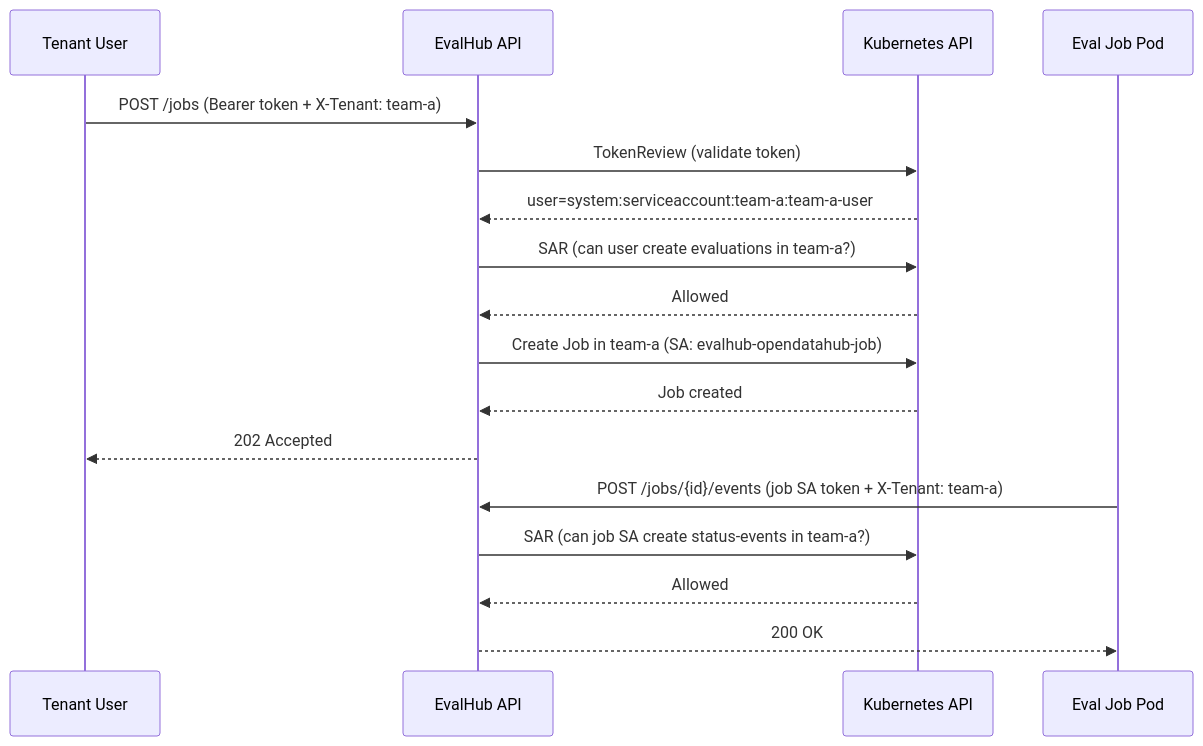
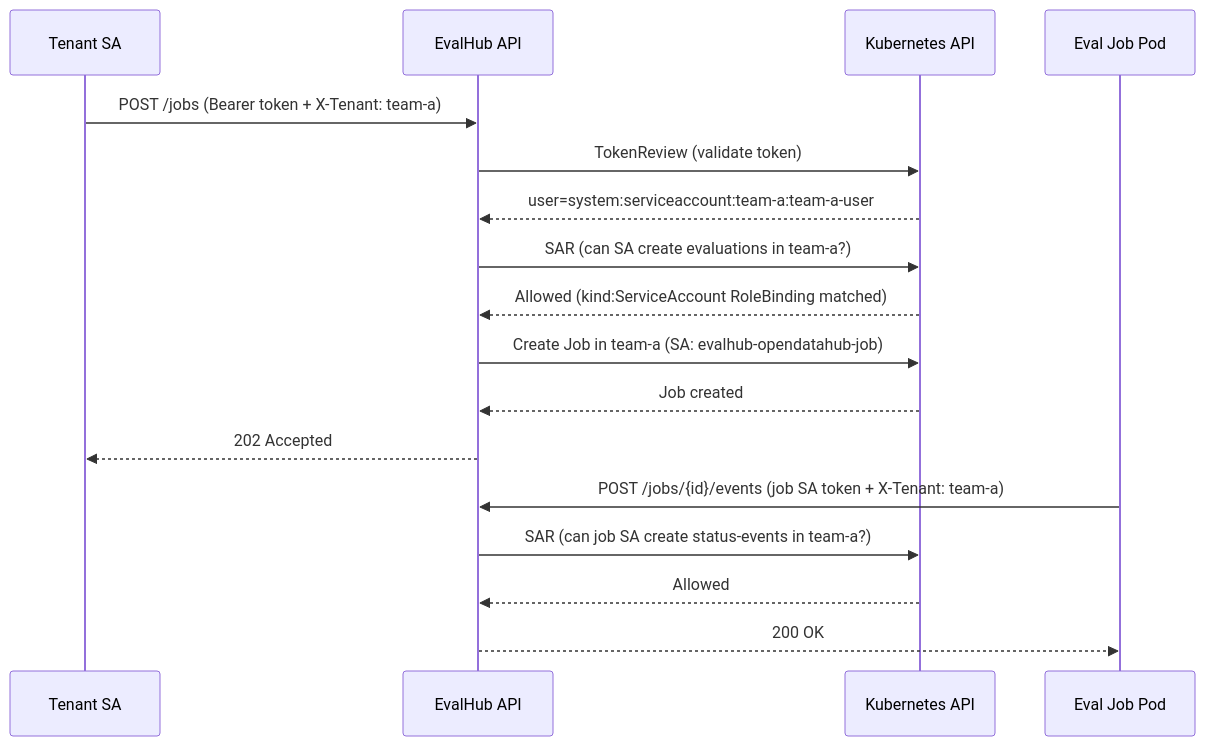
Before and after one commit to eval-hub/eval-hub.github.io: the second of 3 diagrams in docs/development/multi-tenancy.md, drawn with Mermaid. The commit also changed other lines of this file, not shown here.

Commit message:
docs: Add User access method to multi-tenancy

````diff
--- a/docs/development/multi-tenancy.md
+++ b/docs/development/multi-tenancy.md
@@ -233,21 +312,21 @@
-```mermaid
-sequenceDiagram
-    participant User as Tenant User
-    participant EH as EvalHub API
-    participant K8s as Kubernetes API
-    participant Job as Eval Job Pod
+    ```mermaid
+    sequenceDiagram
+        participant User as Tenant SA
+        participant EH as EvalHub API
+        participant K8s as Kubernetes API
+        participant Job as Eval Job Pod
 
-    User->>EH: POST /jobs (Bearer token + X-Tenant: team-a)
-    EH->>K8s: TokenReview (validate token)
-    K8s-->>EH: user=system:serviceaccount:team-a:team-a-user
-    EH->>K8s: SAR (can user create evaluations in team-a?)
-    K8s-->>EH: Allowed
-    EH->>K8s: Create Job in team-a (SA: evalhub-opendatahub-job)
-    K8s-->>EH: Job created
-    EH-->>User: 202 Accepted
+        User->>EH: POST /jobs (Bearer token + X-Tenant: team-a)
+        EH->>K8s: TokenReview (validate token)
+        K8s-->>EH: user=system:serviceaccount:team-a:team-a-user
+        EH->>K8s: SAR (can SA create evaluations in team-a?)
+        K8s-->>EH: Allowed (kind:ServiceAccount RoleBinding matched)
+        EH->>K8s: Create Job in team-a (SA: evalhub-opendatahub-job)
+        K8s-->>EH: Job created
+        EH-->>User: 202 Accepted
 
-    Job->>EH: POST /jobs/{id}/events (job SA token + X-Tenant: team-a)
-    EH->>K8s: SAR (can job SA create status-events in team-a?)
-    K8s-->>EH: Allowed
-    EH-->>Job: 200 OK
-```
+        Job->>EH: POST /jobs/{id}/events (job SA token + X-Tenant: team-a)
+        EH->>K8s: SAR (can job SA create status-events in team-a?)
+        K8s-->>EH: Allowed
+        EH-->>Job: 200 OK
+    ```
````
